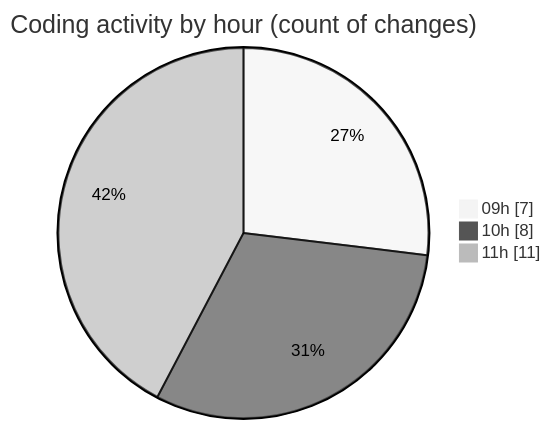
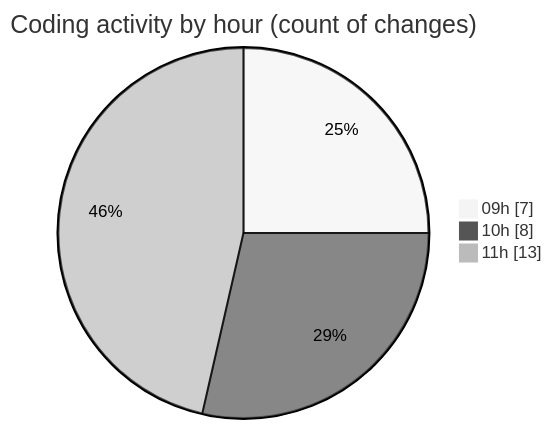
Before and after one commit to momahboobian/code-tracking: the second of 2 diagrams in 2026-01-21/cda/README.md, drawn with Mermaid (neutral theme). The commit also changed other lines of this file and 1 other file, not shown here.

````diff
--- a/2026-01-21/cda/README.md
+++ b/2026-01-21/cda/README.md
@@ -41,7 +41,7 @@
 ```mermaid
 pie showData
 title Coding activity by hour (count of changes)
 "09h" : 7
 "10h" : 8
-"11h" : 11
+"11h" : 13
 ```
````
